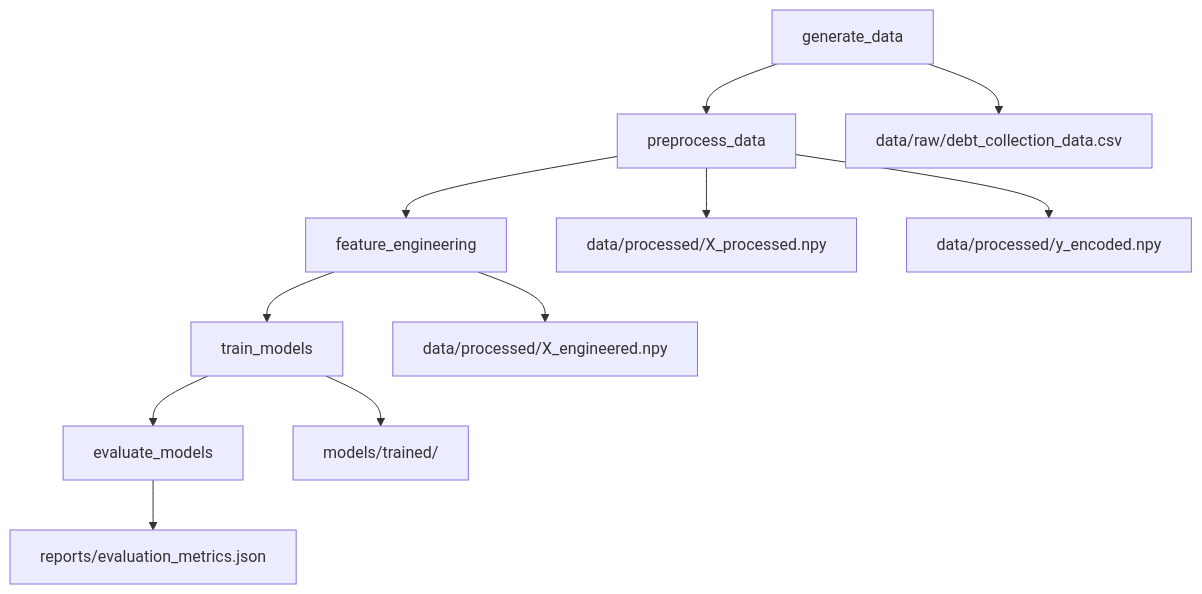
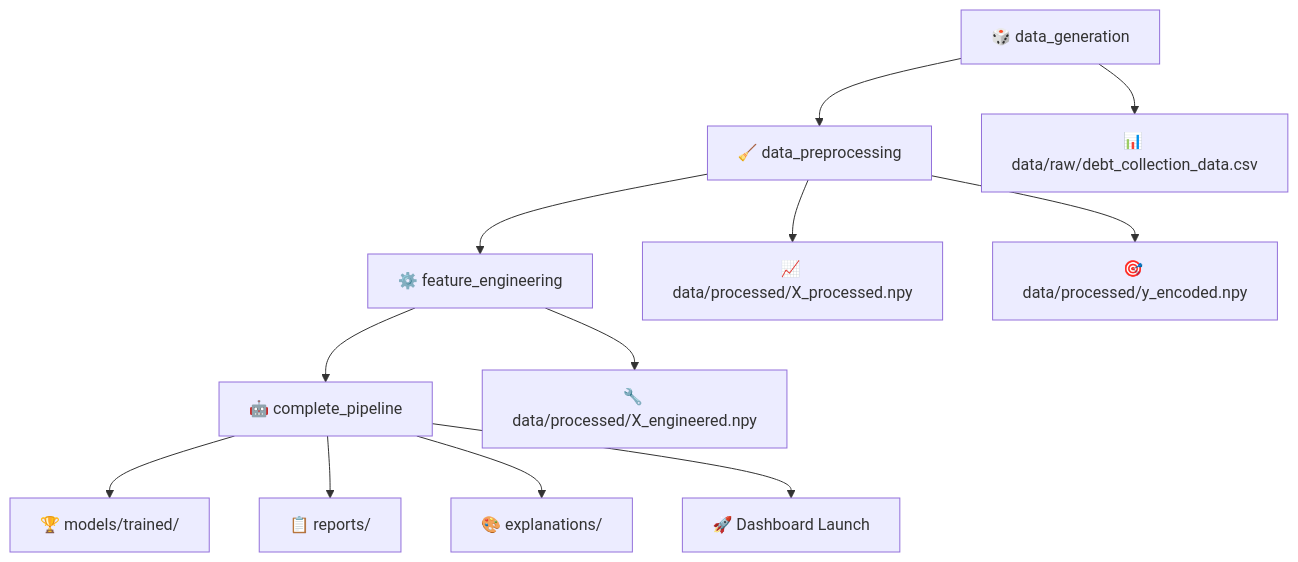
One commit to avirup112/Demo-Banking changed the diagram in README.md. Above: the diagram before and after it, drawn with Mermaid. The commit also changed other lines of this file, not shown here.

````diff
--- a/README.md
+++ b/README.md
@@ -317,14 +347,15 @@
 ```mermaid
 graph TD
-    A[generate_data] --> B[preprocess_data]
-    B --> C[feature_engineering]
-    C --> D[train_models]
-    D --> E[evaluate_models]
+    A[🎲 data_generation] --> B[🧹 data_preprocessing]
+    B --> C[⚙️ feature_engineering] 
+    C --> D[🤖 complete_pipeline]
     
-    A --> F[data/raw/debt_collection_data.csv]
-    B --> G[data/processed/X_processed.npy]
-    B --> H[data/processed/y_encoded.npy]
-    C --> I[data/processed/X_engineered.npy]
-    D --> J[models/trained/]
-    E --> K[reports/evaluation_metrics.json]
+    A --> E[📊 data/raw/debt_collection_data.csv]
+    B --> F[📈 data/processed/X_processed.npy]
+    B --> G[🎯 data/processed/y_encoded.npy]
+    C --> H[🔧 data/processed/X_engineered.npy]
+    D --> I[🏆 models/trained/]
+    D --> J[📋 reports/]
+    D --> K[🎨 explanations/]
+    D --> L[🚀 Dashboard Launch]
 ```
````
